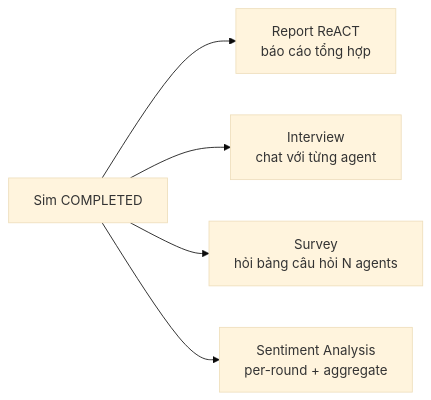
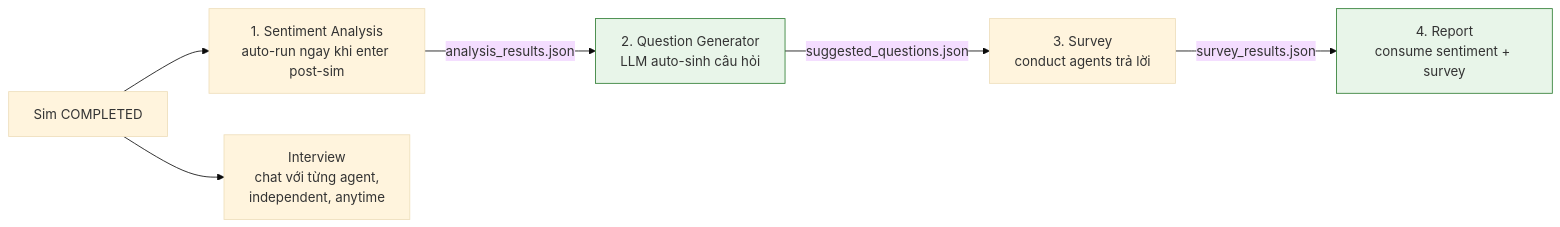
The first of 2 diagrams in docs/06_post_simulation.md (qchien643/EcoSim), drawn with Mermaid (base theme) before and after one commit. The commit also changed other lines of this file and 176 other files, not shown here.

````diff
--- a/docs/06_post_simulation.md
+++ b/docs/06_post_simulation.md
@@ -5,7 +7,11 @@
 ```mermaid
 flowchart LR
-    Done[Sim COMPLETED] --> R[Report ReACT<br/>báo cáo tổng hợp]
-    Done --> I[Interview<br/>chat với từng agent]
-    Done --> S[Survey<br/>hỏi bảng câu hỏi N agents]
-    Done --> A[Sentiment Analysis<br/>per-round + aggregate]
+    Done[Sim COMPLETED] --> S[1. Sentiment Analysis<br/>auto-run ngay khi enter post-sim]
+    S -->|analysis_results.json| Q[2. Question Generator<br/>LLM auto-sinh câu hỏi]
+    Q -->|suggested_questions.json| Sv[3. Survey<br/>conduct agents trả lời]
+    Sv -->|survey_results.json| R[4. Report<br/>consume sentiment + survey]
+    Done --> I[Interview<br/>chat với từng agent,<br/>independent, anytime]
+    classDef new fill:#e8f5e9,stroke:#2e7d32
+    class Q,R new
+
 ```
````
